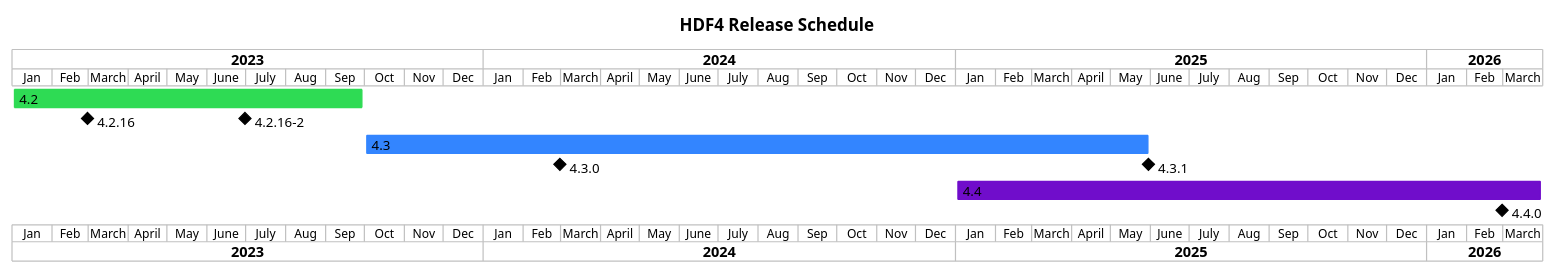
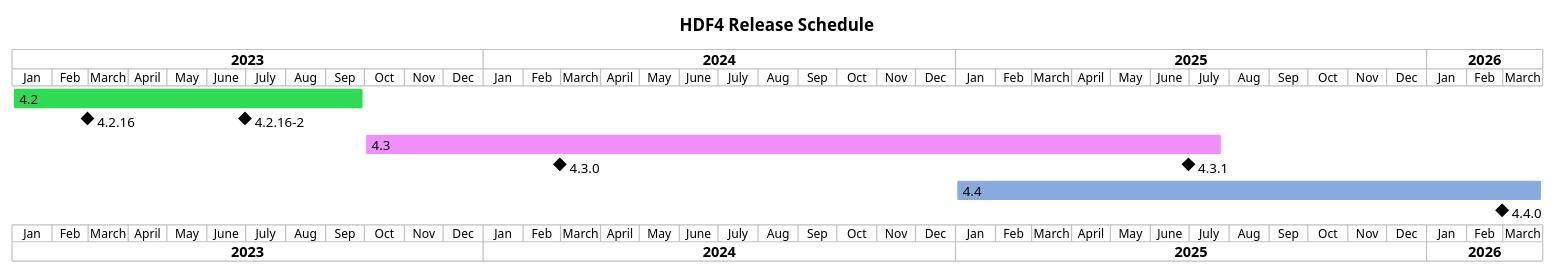
The diagram in doc/img/release-schedule.plantuml (HDFGroup/hdf4), drawn with PlantUML before and after one commit. The commit also changed 1 other file, not shown here.

```diff
--- a/doc/img/release-schedule.plantuml
+++ b/doc/img/release-schedule.plantuml
@@ -1,24 +1,24 @@
 @startgantt
 
 title HDF4 Release Schedule
 
 projectscale monthly
 Project starts 2023-01-01
 
 [4.2] starts 2022-01-01 and lasts 39 weeks
 [4.2.16] happens 2023-02-28
 [4.2.16-2] happens 2023-06-30
 [4.2.16-2] displays on same row as [4.2.16]
 [4.2] is colored in #2EDB54
 
-[4.3] starts 2023-10-01 and lasts 87 weeks
+[4.3] starts 2023-10-01 and lasts 95 weeks
 [4.3.0] happens 2024-02-29
-[4.3.1] happens 2025-05-30
+[4.3.1] happens 2025-06-30
 [4.3.1] displays on same row as [4.3.0]
-[4.3] is colored in #3385FF
+[4.3] is colored in #F08FFF
 
 [4.4] starts 2025-01-01 and lasts 65 weeks
 [4.4.0] happens 2026-02-28
-[4.4] is colored in #700DCB
+[4.4] is colored in #88AADD
 
 @endgantt
```
